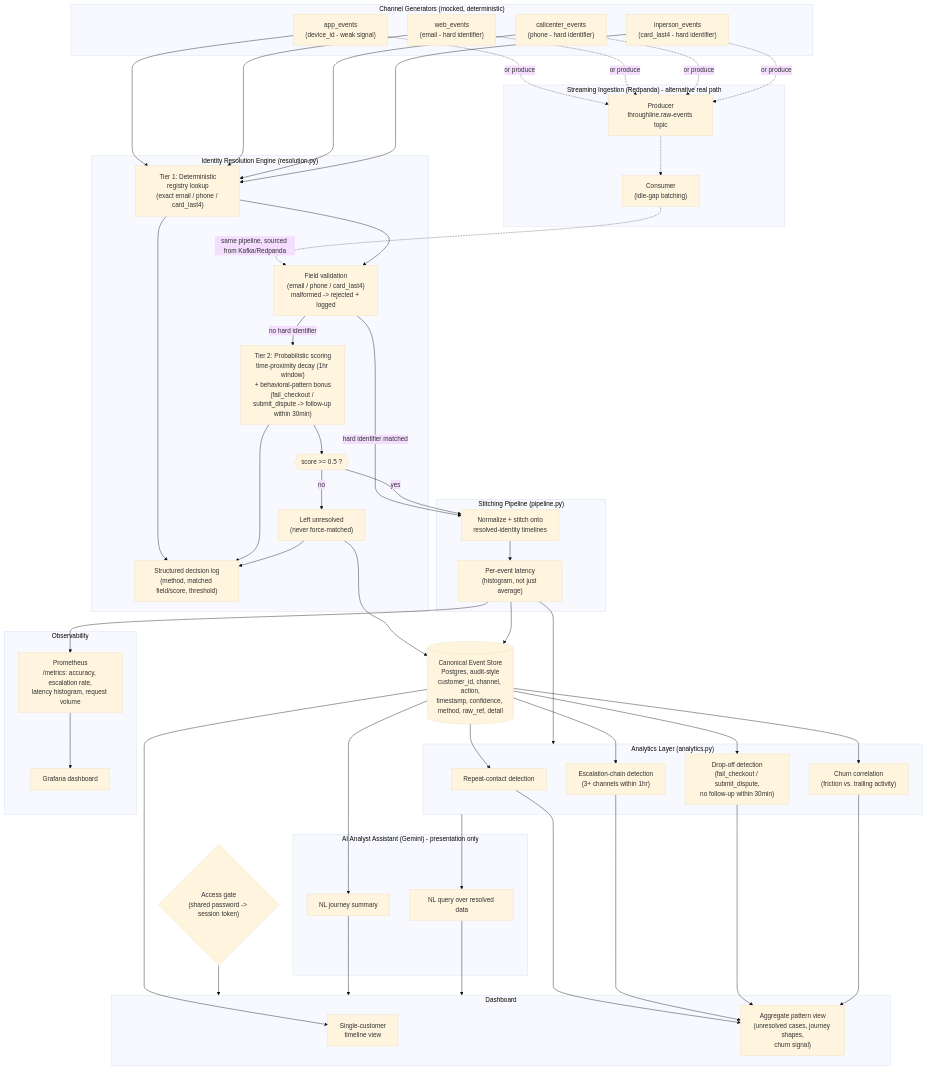
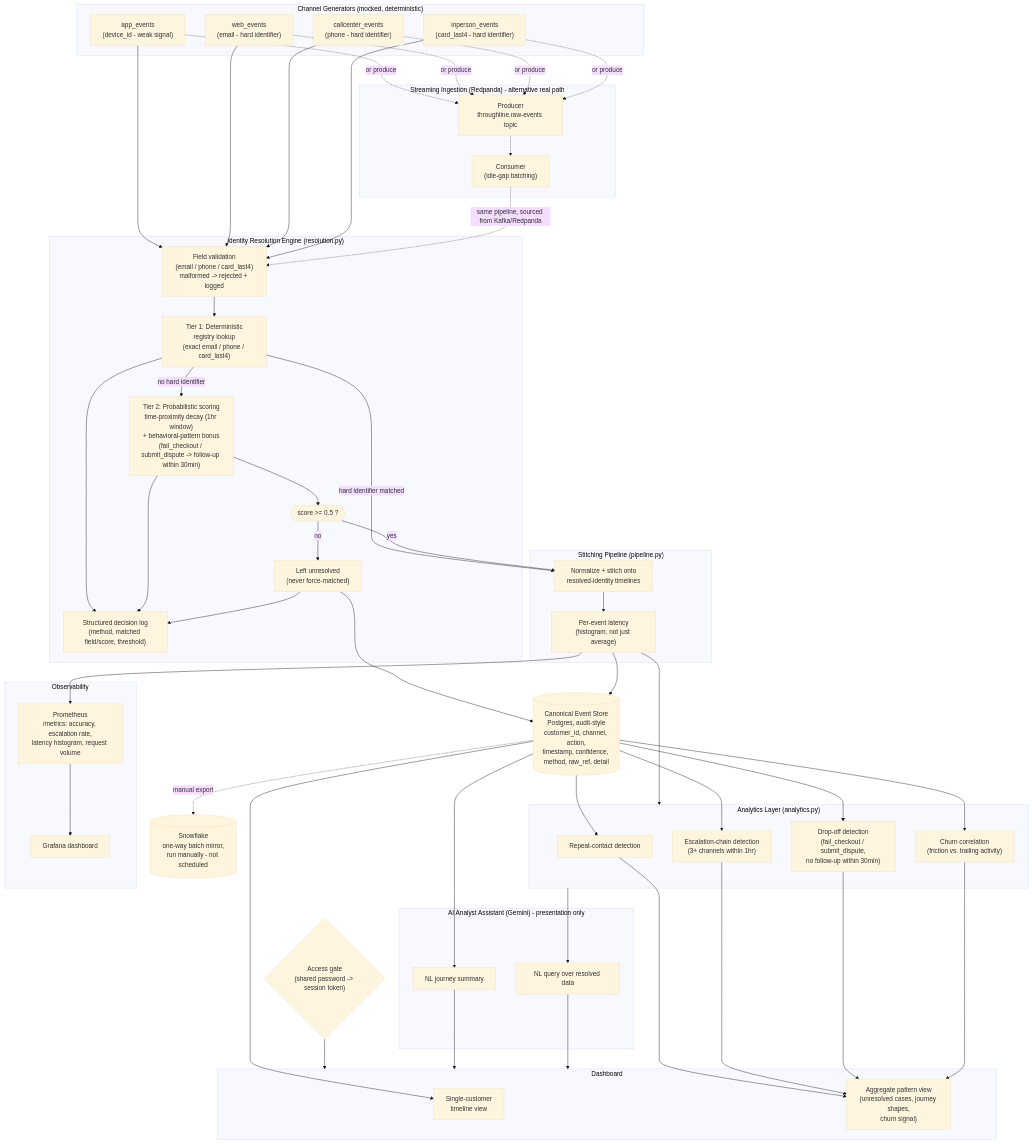
One commit to G26karthik/Throughline changed the diagram in docs/architecture.mmd. Above: the diagram before and after it, drawn with Mermaid (base theme). The commit also changed 2 other files, not shown here.

Commit message:
Fix architecture diagram: validation-before-match ordering, add Snowflake mirror node
Diagram had DET (registry lookup) feeding VALID (field validation)
instead of the reverse -- code validates identity fields first, in
_extract_keyed_events, before any registry lookup runs. Also the
Snowflake mirror was missing entirely since it landed after the last
diagram regen.

Claude-Session: https://claude.ai/code/session_01TxoomNxeXQhnqtvb3z6ENm

```diff
--- a/docs/architecture.mmd
+++ b/docs/architecture.mmd
@@ -1,99 +1,102 @@
 flowchart TD
     subgraph CH["Channel Generators (mocked, deterministic)"]
         APP["app_events\n(device_id - weak signal)"]
         WEB["web_events\n(email - hard identifier)"]
         CALL["callcenter_events\n(phone - hard identifier)"]
         INP["inperson_events\n(card_last4 - hard identifier)"]
     end
 
     subgraph STREAM["Streaming Ingestion (Redpanda) - alternative real path"]
         PROD["Producer\nthroughline.raw-events topic"]
         CONS["Consumer\n(idle-gap batching)"]
     end
 
     subgraph RES["Identity Resolution Engine (resolution.py)"]
         VALID["Field validation\n(email / phone / card_last4)\nmalformed -> rejected + logged"]
         DET["Tier 1: Deterministic\nregistry lookup\n(exact email / phone / card_last4)"]
         PROB["Tier 2: Probabilistic scoring\ntime-proximity decay (1hr window)\n+ behavioral-pattern bonus\n(fail_checkout / submit_dispute -> follow-up within 30min)"]
         THRESH{{"score >= 0.5 ?"}}
         UNRES["Left unresolved\n(never force-matched)"]
         LOG["Structured decision log\n(method, matched field/score, threshold)"]
     end
 
     subgraph PIPE["Stitching Pipeline (pipeline.py)"]
         NORM["Normalize + stitch onto\nresolved-identity timelines"]
         LAT["Per-event latency\n(histogram, not just average)"]
     end
 
     STORE[("Canonical Event Store\nPostgres, audit-style\ncustomer_id, channel, action,\ntimestamp, confidence, method, raw_ref, detail")]
 
     subgraph ANALYTICS["Analytics Layer (analytics.py)"]
         REPEAT["Repeat-contact detection"]
         ESC["Escalation-chain detection\n(3+ channels within 1hr)"]
         DROP["Drop-off detection\n(fail_checkout / submit_dispute,\nno follow-up within 30min)"]
         CHURN["Churn correlation\n(friction vs. trailing activity)"]
     end
 
     subgraph AI["AI Analyst Assistant (Gemini) - presentation only"]
         SUMM["NL journey summary"]
         NLQ["NL query over resolved data"]
     end
 
     subgraph OBS["Observability"]
         PROM["Prometheus\n/metrics: accuracy, escalation rate,\nlatency histogram, request volume"]
         GRAF["Grafana dashboard"]
     end
 
+    SNOW[("Snowflake\none-way batch mirror,\nrun manually - not scheduled")]
+
     GATE{"Access gate\n(shared password -> session token)"}
 
     subgraph DASH["Dashboard"]
         TIMELINE["Single-customer\ntimeline view"]
         AGGVIEW["Aggregate pattern view\n(unresolved cases, journey shapes,\nchurn signal)"]
     end
 
-    APP --> DET
-    WEB --> DET
-    CALL --> DET
-    INP --> DET
+    APP --> VALID
+    WEB --> VALID
+    CALL --> VALID
+    INP --> VALID
 
     APP -.->|"or produce"| PROD
     WEB -.->|"or produce"| PROD
     CALL -.->|"or produce"| PROD
     INP -.->|"or produce"| PROD
     PROD -.-> CONS
     CONS -.->|"same pipeline, sourced from Kafka/Redpanda"| VALID
 
-    DET --> VALID
-    VALID -->|"hard identifier matched"| NORM
-    VALID -->|"no hard identifier"| PROB
+    VALID --> DET
+    DET -->|"hard identifier matched"| NORM
+    DET -->|"no hard identifier"| PROB
     PROB --> THRESH
     THRESH -->|"yes"| NORM
     THRESH -->|"no"| UNRES
     UNRES --> STORE
     DET --> LOG
     PROB --> LOG
     UNRES --> LOG
 
     NORM --> LAT
     LAT --> STORE
     LAT --> ANALYTICS
     LAT --> PROM
 
     STORE --> REPEAT
     STORE --> ESC
     STORE --> DROP
     STORE --> CHURN
 
     STORE --> SUMM
     ANALYTICS --> NLQ
 
     PROM --> GRAF
+    STORE -.->|"manual export"| SNOW
 
     GATE --> DASH
     STORE --> TIMELINE
     REPEAT --> AGGVIEW
     ESC --> AGGVIEW
     DROP --> AGGVIEW
     CHURN --> AGGVIEW
     SUMM --> DASH
     NLQ --> DASH
```
